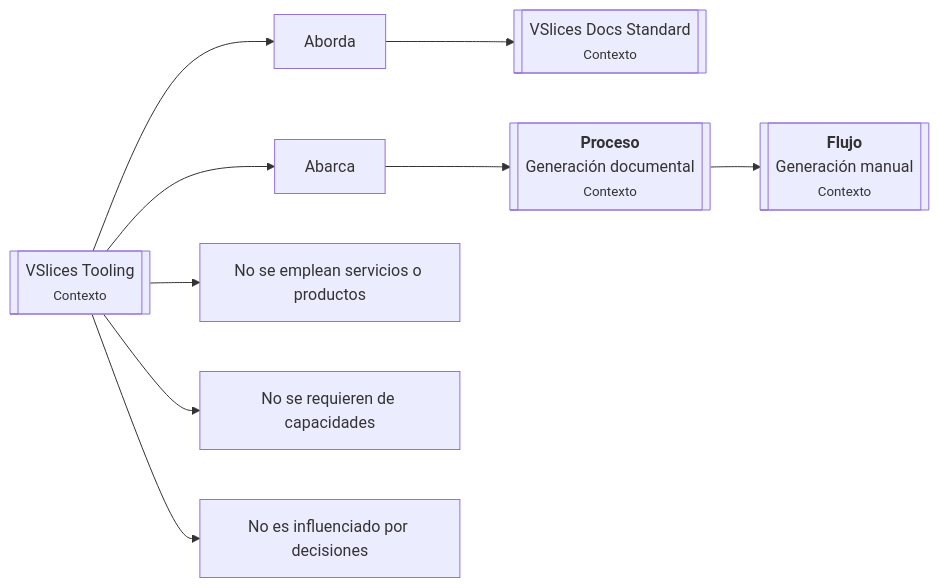
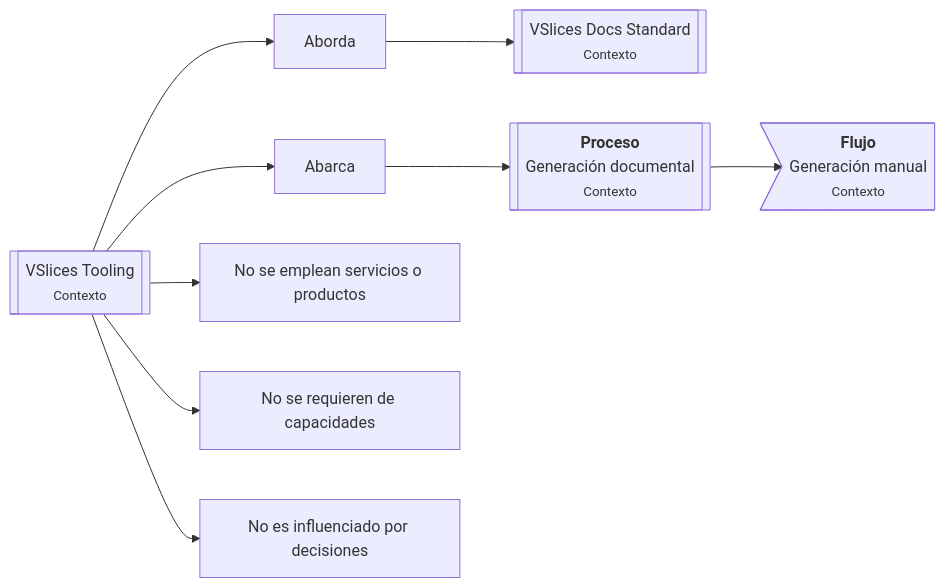
One commit to vslices/tooling changed the first of 3 diagrams in docs/iteration 1/continuity.iteration.md. Above: the diagram before and after it, drawn with Mermaid. The commit also changed other lines of this file and 1 other file, not shown here.

````diff
--- a/docs/iteration 1/continuity.iteration.md
+++ b/docs/iteration 1/continuity.iteration.md
@@ -40,23 +42,22 @@
 ```mermaid
 flowchart LR
     A[[VSlices Tooling<br/><small>Contexto</small>]]
 
     A --> AB[Aborda] --> E1[[VSlices Docs Standard<br/><small>Contexto</small>]]
 
     A --> INC[Abarca]
     INC --> P1[[<b>Proceso</b><br/>Generación documental<br/><small>Contexto</small>]]
-    P1 --> F1[[<b>Flujo</b><br/>Generación manual<br/><small>Contexto</small>]]
+    P1 --> F1><b>Flujo</b><br/>Generación manual<br/><small>Contexto</small>]
 
     A --> EM[No se emplean servicios o productos]
     
     A --> CAP[No se requieren de capacidades]
 
     A --> INF[No es influenciado por decisiones]
 
     click A "Ir a Contexto de VSlices Tooling" "../context.vslices-tooling.md"
     click E1 "Ir a introducción de VSlices Docs Standard" "https://"
     click P1 "Ir a la Contexto del Proceso de Generación Documental" "understanding/process.context.document-generation.md"
-    click F1 "Ir a la Contexto del Flujo de Generación Manual" "understanding/process.context.document-generation.md"
 
 
 ```
````
